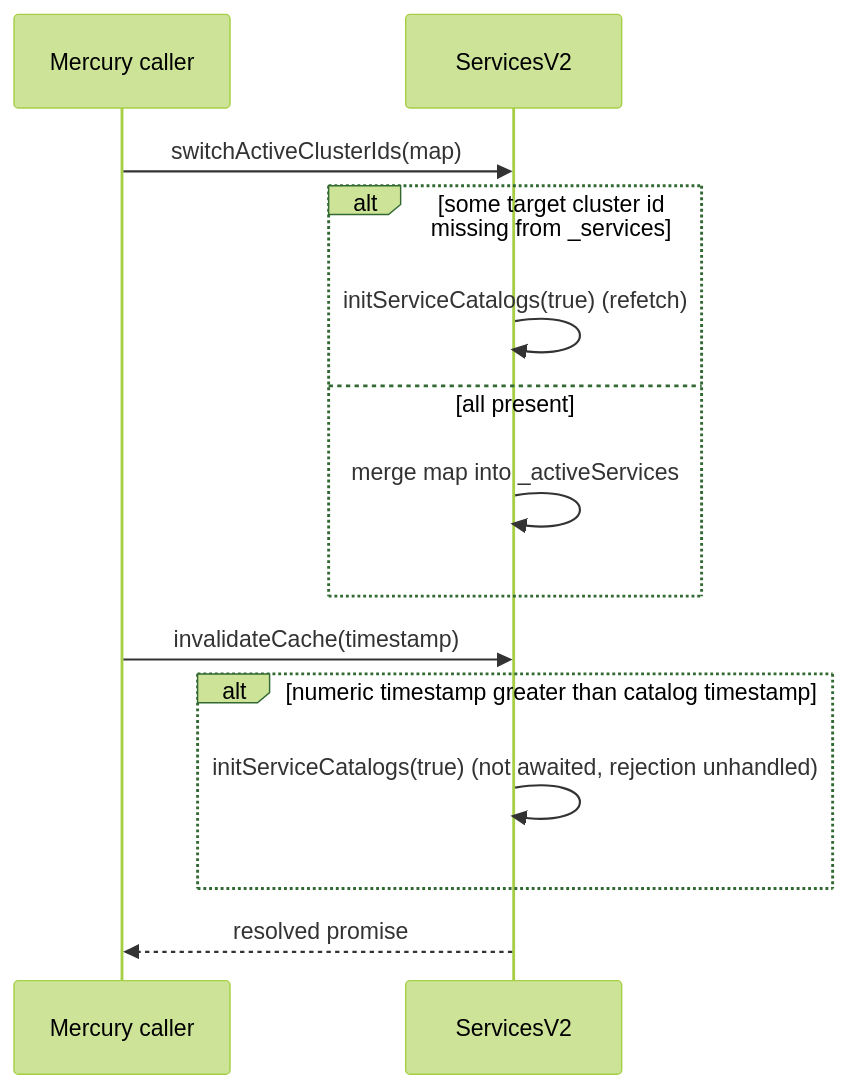
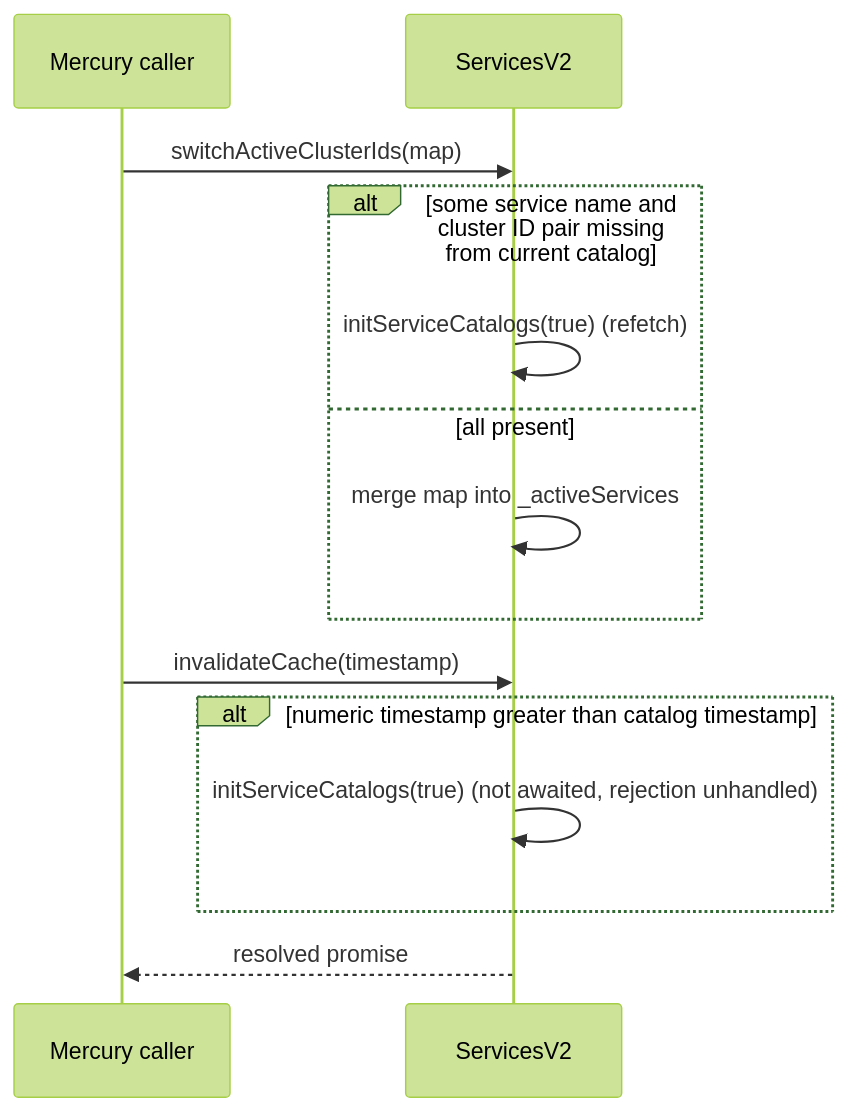
One commit to webex/webex-js-sdk changed the seventh of 11 diagrams in packages/@webex/webex-core/src/lib/services-v2/docs/README.md. Above: the diagram before and after it, drawn with Mermaid (forest theme). The commit also changed other lines of this file and 9 other files, not shown here.

````diff
--- a/packages/@webex/webex-core/src/lib/services-v2/docs/README.md
+++ b/packages/@webex/webex-core/src/lib/services-v2/docs/README.md
@@ -475,16 +475,16 @@
 ```mermaid
 sequenceDiagram
   participant Mercury as Mercury caller
   participant Plugin as ServicesV2
   Mercury->>Plugin: switchActiveClusterIds(map)
-  alt some target cluster id missing from _services
+  alt some service name and cluster ID pair missing from current catalog
     Plugin->>Plugin: initServiceCatalogs(true) (refetch)
   else all present
     Plugin->>Plugin: merge map into _activeServices
   end
   Mercury->>Plugin: invalidateCache(timestamp)
   alt numeric timestamp greater than catalog timestamp
     Plugin->>Plugin: initServiceCatalogs(true) (not awaited, rejection unhandled)
   end
   Plugin-->>Mercury: resolved promise
 ```
````
